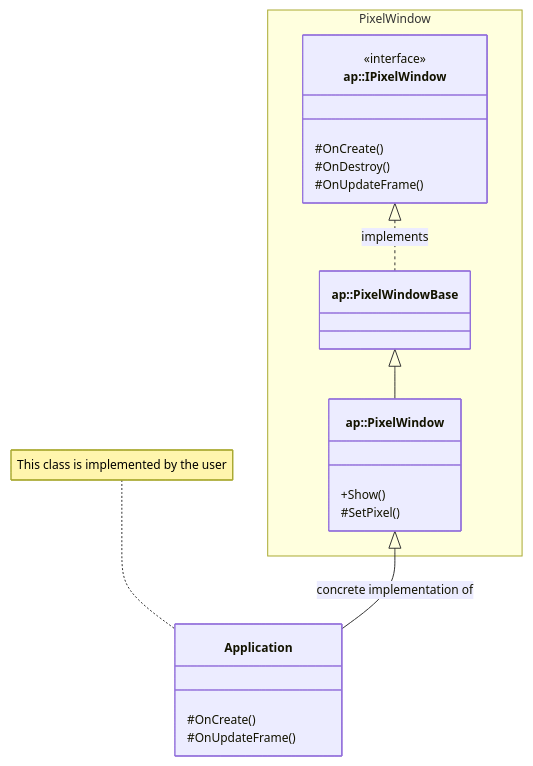
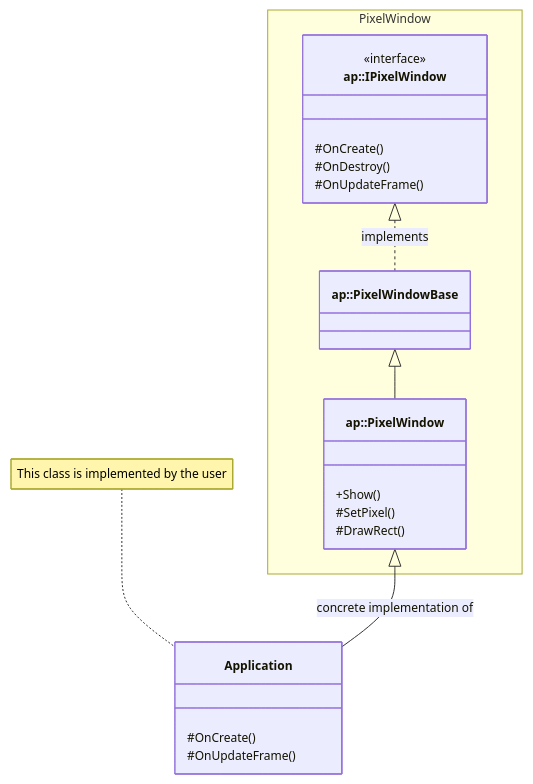
One commit to andy-poole/pixelwindow changed the diagram in README.md. Above: the diagram before and after it, drawn with Mermaid. The commit also changed other lines of this file and 2 other files, not shown here.

Commit message:
Add functions to draw rectangles

````diff
--- a/README.md
+++ b/README.md
@@ -96,27 +96,28 @@
 ```mermaid
 %%{init: {'themeVariables': {'fontSize': '12px'}}}%%
 
 classDiagram
     namespace `PixelWindow` {
     class `ap::IPixelWindow` {
         <<interface>>
         #OnCreate()
         #OnDestroy()
         #OnUpdateFrame()
     }
     class `ap::PixelWindowBase`
     class `ap::PixelWindow` {
         +Show()
         #SetPixel()
+        #DrawRect()
     }
     }
     class Application {
         #OnCreate()
         #OnUpdateFrame()
     }
     note for Application "This class is implemented by the user"
 
     `ap::IPixelWindow` <|.. `ap::PixelWindowBase` : implements
     `ap::PixelWindowBase` <|-- `ap::PixelWindow`
     `ap::PixelWindow` <|-- Application : concrete implementation of
 ```
````
